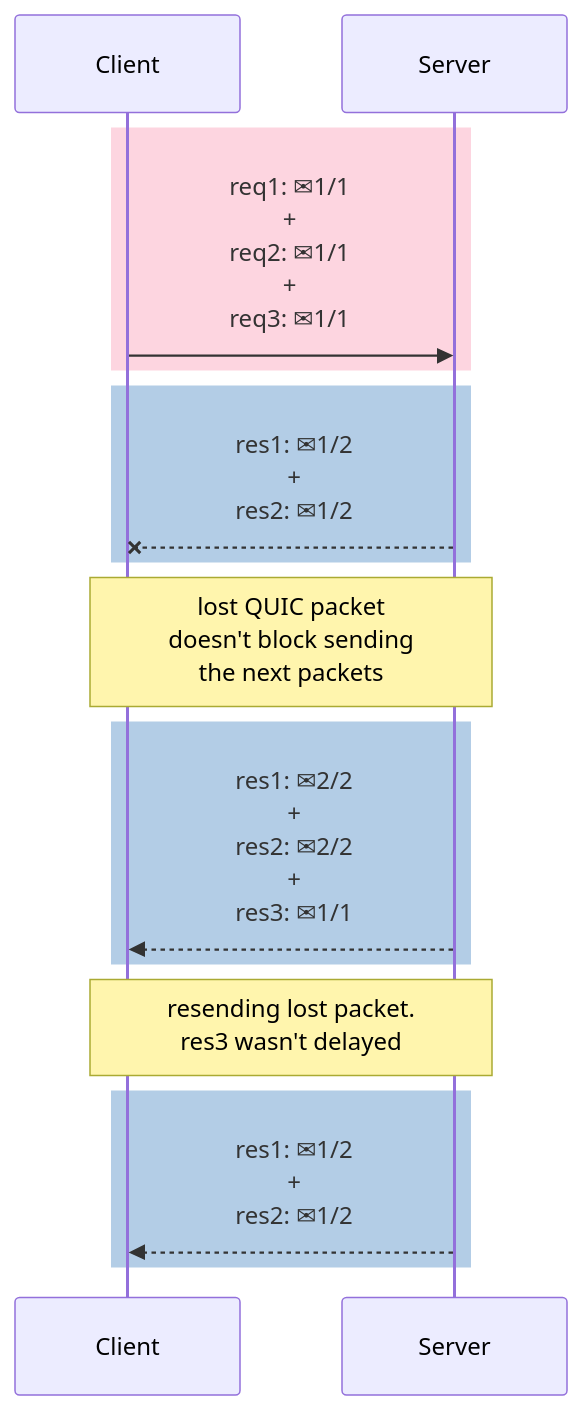
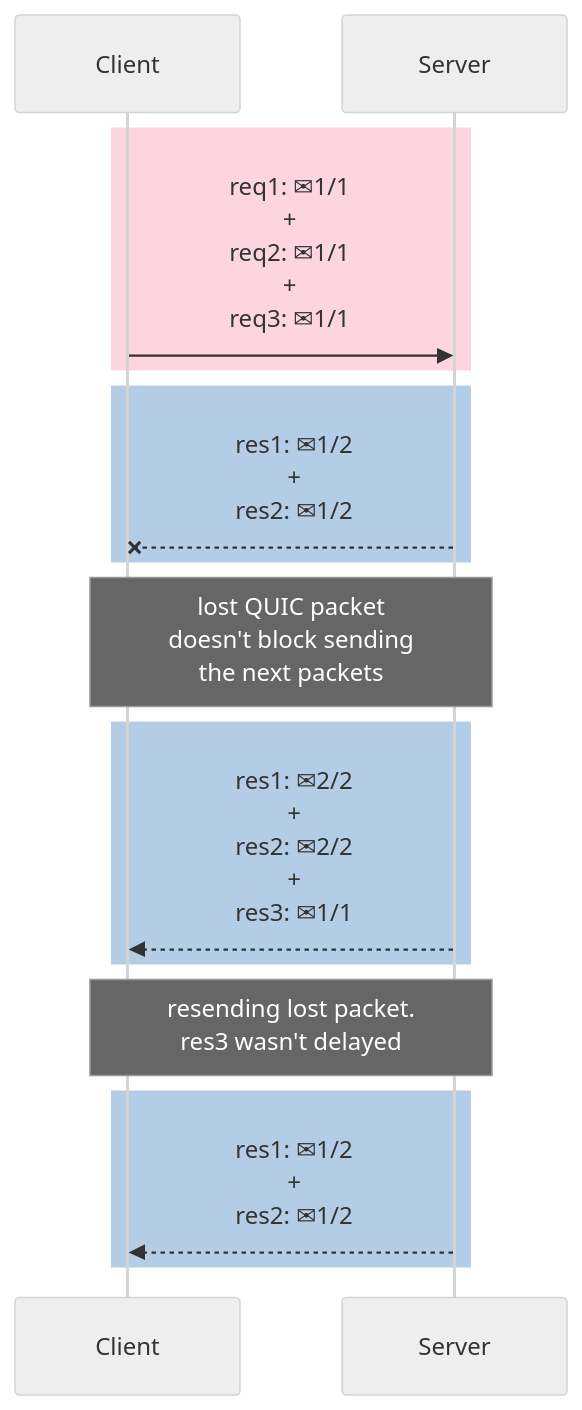
One commit to alexandrehtrb/alexandrehtrb.github.io changed the fourth of 4 diagrams in src/posts/2024/03/http2-and-http3-explained.md. Above: the diagram before and after it, drawn with Mermaid. The commit also changed other lines of this file and 1 other file, not shown here.

Commit message:
article: fix sequence diagram alternating between light and dark mode

````diff
--- a/src/posts/2024/03/http2-and-http3-explained.md
+++ b/src/posts/2024/03/http2-and-http3-explained.md
@@ -178,17 +180,18 @@
 ```mermaid
+%%{init: {'theme':'neutral'}}%%
 sequenceDiagram
     rect rgb(253, 213, 224)
         Client->>Server: req1: #9993;1/1<br>+<br>req2: #9993;1/1<br>+<br>req3: #9993;1/1
     end
     rect rgb(179, 205, 230)
         Server--xClient: res1: #9993;1/2<br>+<br>res2: #9993;1/2
     end
     Note over Client,Server: lost QUIC packet<br>doesn't block sending<br>the next packets
     rect rgb(179, 205, 230)
         Server-->>Client: res1: #9993;2/2<br>+<br>res2: #9993;2/2<br>+<br>res3: #9993;1/1
     end
     Note over Client,Server: resending lost packet.<br>res3 wasn't delayed
     rect rgb(179, 205, 230)
         Server-->>Client: res1: #9993;1/2<br>+<br>res2: #9993;1/2
     end
 ```
````
